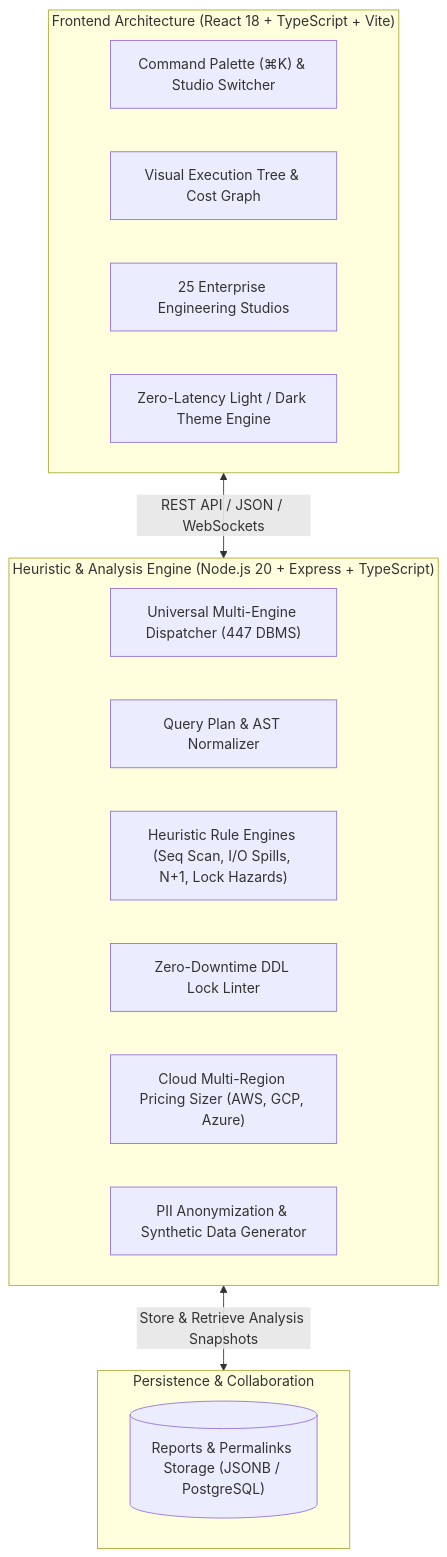
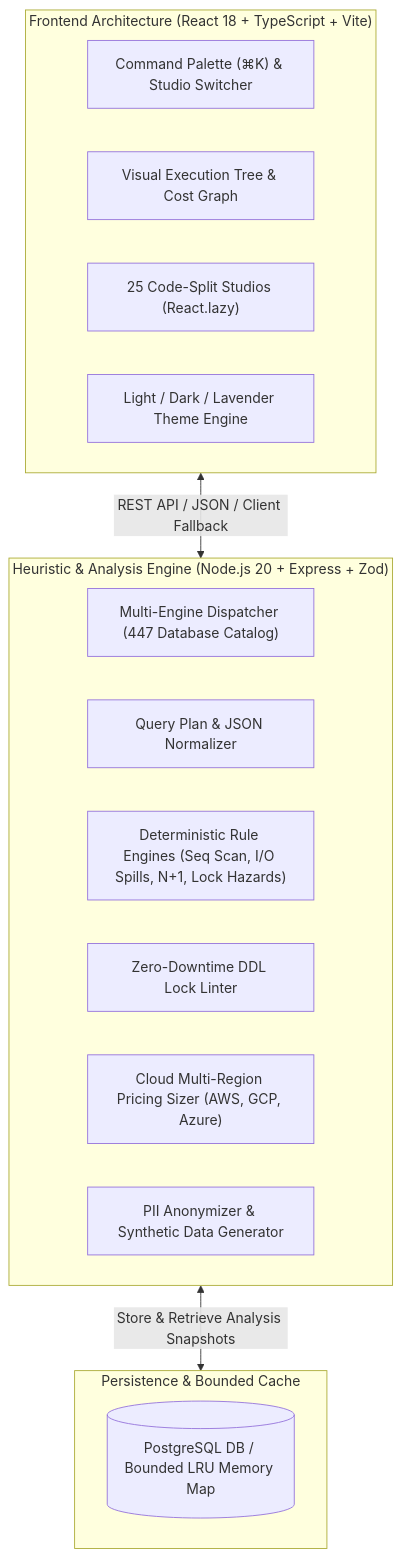
The diagram in README.md (Ridwanulkarim/SQLPULSE), drawn with Mermaid before and after one commit. The commit also changed other lines of this file and 15 other files, not shown here.

Commit message:
fix(security): Add rate limiting, Zod validation, bounded LRU store, CI workflow, code-splitting, and honest docs

````diff
--- a/README.md
+++ b/README.md
@@ -31,25 +31,25 @@
 ```mermaid
 flowchart TD
     subgraph Client["Frontend Architecture (React 18 + TypeScript + Vite)"]
         UI_Nav["Command Palette (⌘K) & Studio Switcher"]
         UI_Visualizer["Visual Execution Tree & Cost Graph"]
-        UI_Studios["25 Enterprise Engineering Studios"]
-        UI_Theme["Zero-Latency Light / Dark Theme Engine"]
+        UI_Studios["25 Code-Split Studios (React.lazy)"]
+        UI_Theme["Light / Dark / Lavender Theme Engine"]
     end
 
-    subgraph CoreEngine["Heuristic & Analysis Engine (Node.js 20 + Express + TypeScript)"]
-        Dispatcher["Universal Multi-Engine Dispatcher (447 DBMS)"]
-        Parser["Query Plan & AST Normalizer"]
-        RuleEngine["Heuristic Rule Engines (Seq Scan, I/O Spills, N+1, Lock Hazards)"]
+    subgraph CoreEngine["Heuristic & Analysis Engine (Node.js 20 + Express + Zod)"]
+        Dispatcher["Multi-Engine Dispatcher (447 Database Catalog)"]
+        Parser["Query Plan & JSON Normalizer"]
+        RuleEngine["Deterministic Rule Engines (Seq Scan, I/O Spills, N+1, Lock Hazards)"]
         Linter["Zero-Downtime DDL Lock Linter"]
         FinOps["Cloud Multi-Region Pricing Sizer (AWS, GCP, Azure)"]
-        Sanitizer["PII Anonymization & Synthetic Data Generator"]
+        Sanitizer["PII Anonymizer & Synthetic Data Generator"]
     end
 
-    subgraph CloudStorage["Persistence & Collaboration"]
-        Permalinks[("Reports & Permalinks Storage (JSONB / PostgreSQL)")]
+    subgraph CloudStorage["Persistence & Bounded Cache"]
+        Permalinks[("PostgreSQL DB / Bounded LRU Memory Map")]
     end
 
-    Client <-->|REST API / JSON / WebSockets| CoreEngine
+    Client <-->|REST API / JSON / Client Fallback| CoreEngine
     CoreEngine <-->|Store & Retrieve Analysis Snapshots| CloudStorage
 ```
````
